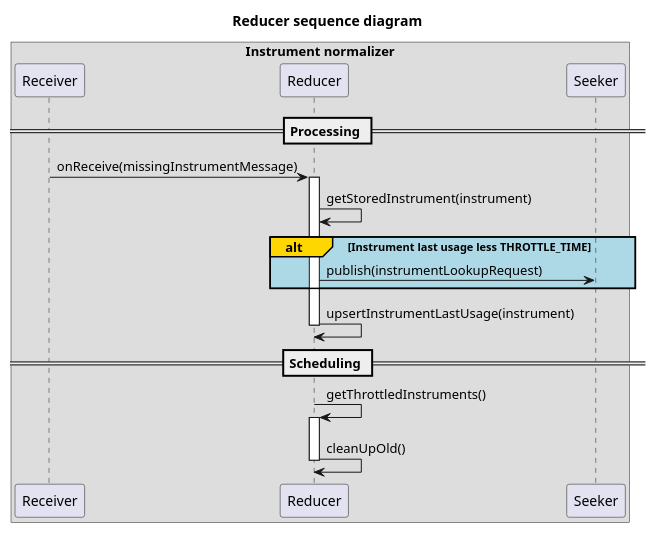
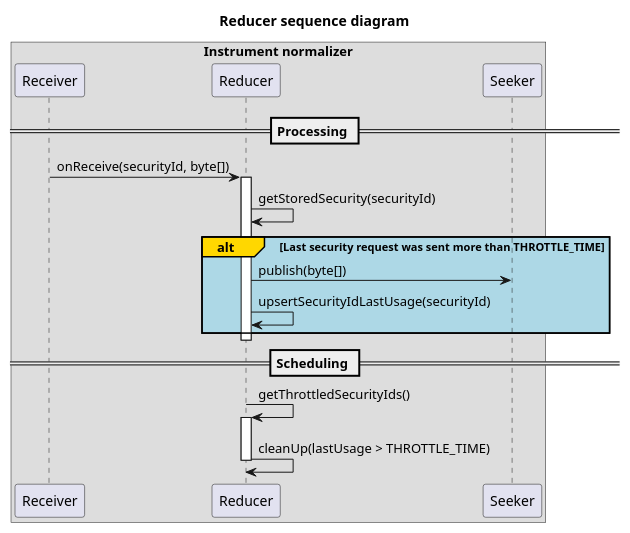
Before and after one commit to limitium/istrument-normalizer: the diagram in docs/design/src/3 Components/3-2 Reducer/reducer.puml, drawn with PlantUML. The commit also changed 25 other files, not shown here.

```diff
--- a/docs/design/src/3 Components/3-2 Reducer/reducer.puml
+++ b/docs/design/src/3 Components/3-2 Reducer/reducer.puml
@@ -1,26 +1,26 @@
 @startuml
 
 title Reducer sequence diagram
 
 
 box "Instrument normalizer"
 participant Receiver order 20 
 participant Reducer order 30 
 participant Seeker order 40 
 end box
 == Processing ==
-Receiver -> Reducer : onReceive(missingInstrumentMessage)
+Receiver -> Reducer : onReceive(securityId, byte[])
 activate Reducer
-Reducer -> Reducer : getStoredInstrument(instrument)
-alt#Gold #LightBlue Instrument last usage less THROTTLE_TIME
-Reducer -> Seeker : publish(instrumentLookupRequest)  
+Reducer -> Reducer : getStoredSecurity(securityId)
+alt#Gold #LightBlue Last security request was sent more than THROTTLE_TIME
+Reducer -> Seeker : publish(byte[])  
+Reducer -> Reducer : upsertSecurityIdLastUsage(securityId)
 end
-Reducer -> Reducer : upsertInstrumentLastUsage(instrument)
 deactivate Reducer
 == Scheduling ==
-Reducer -> Reducer : getThrottledInstruments()
+Reducer -> Reducer : getThrottledSecurityIds()
 activate Reducer
-Reducer -> Reducer : cleanUpOld()
+Reducer -> Reducer : cleanUp(lastUsage > THROTTLE_TIME)
 deactivate Reducer
 
 @enduml
```
